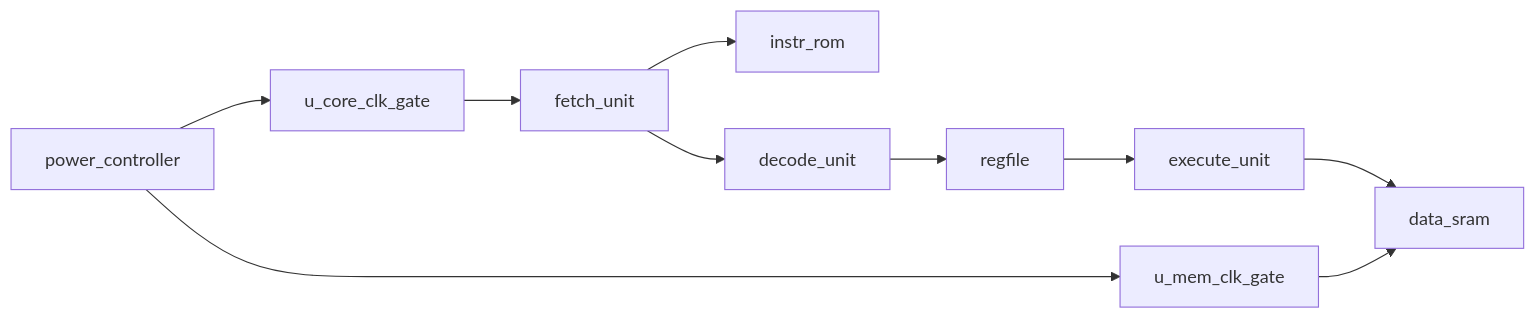
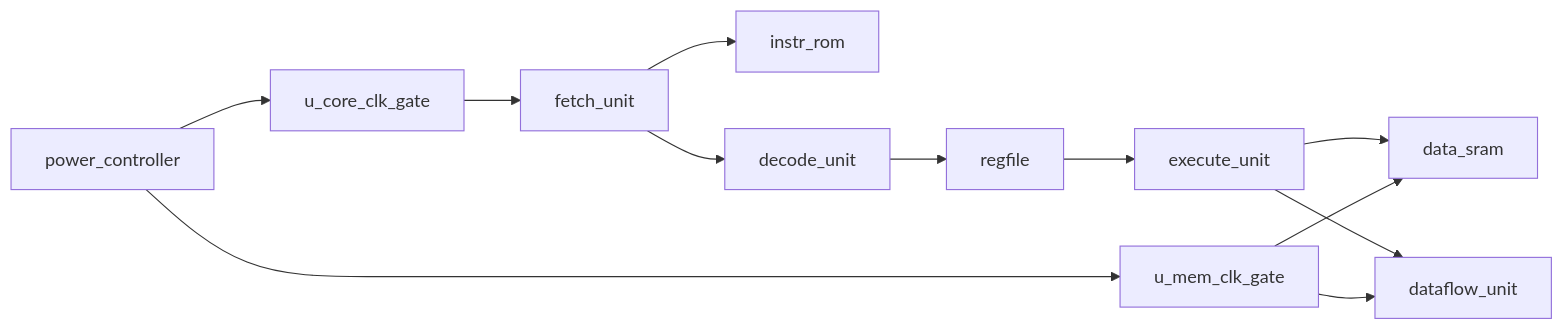
The diagram in docs/architecture.md (nagu-dhanwada/mobile-cpu-upf), drawn with Mermaid before and after one commit. The commit also changed other lines of this file and 17 other files, not shown here.

Commit message:
Add dataflow workload profiling flow

````diff
--- a/docs/architecture.md
+++ b/docs/architecture.md
@@ -7,12 +7,14 @@
 ```mermaid
 flowchart LR
     PC["power_controller"] --> CG0["u_core_clk_gate"]
     PC --> CG1["u_mem_clk_gate"]
     CG0 --> F["fetch_unit"]
     F --> I["instr_rom"]
     F --> D["decode_unit"]
     D --> R["regfile"]
     R --> X["execute_unit"]
     X --> M["data_sram"]
+    X --> DF["dataflow_unit"]
     CG1 --> M
+    CG1 --> DF
 ```
````
